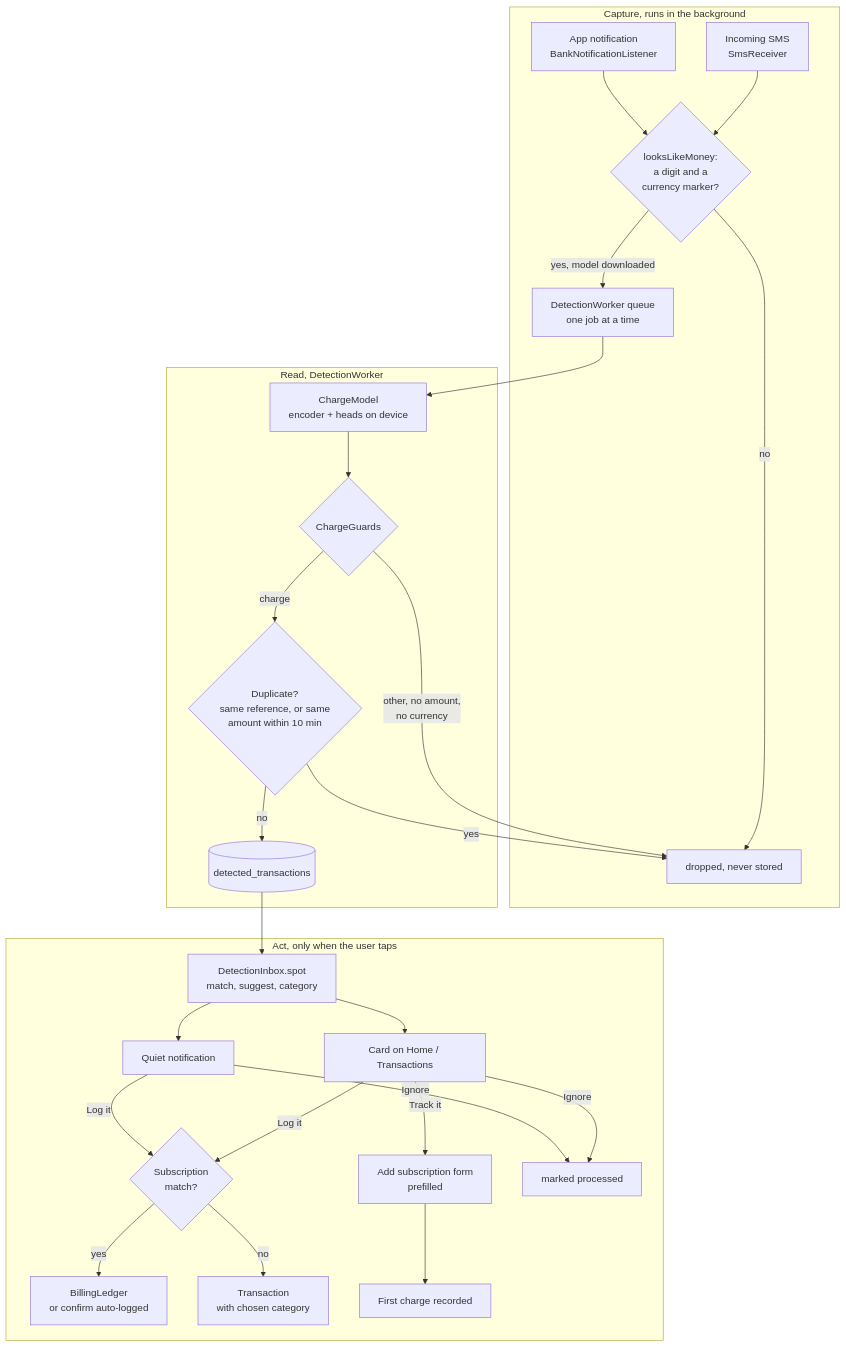
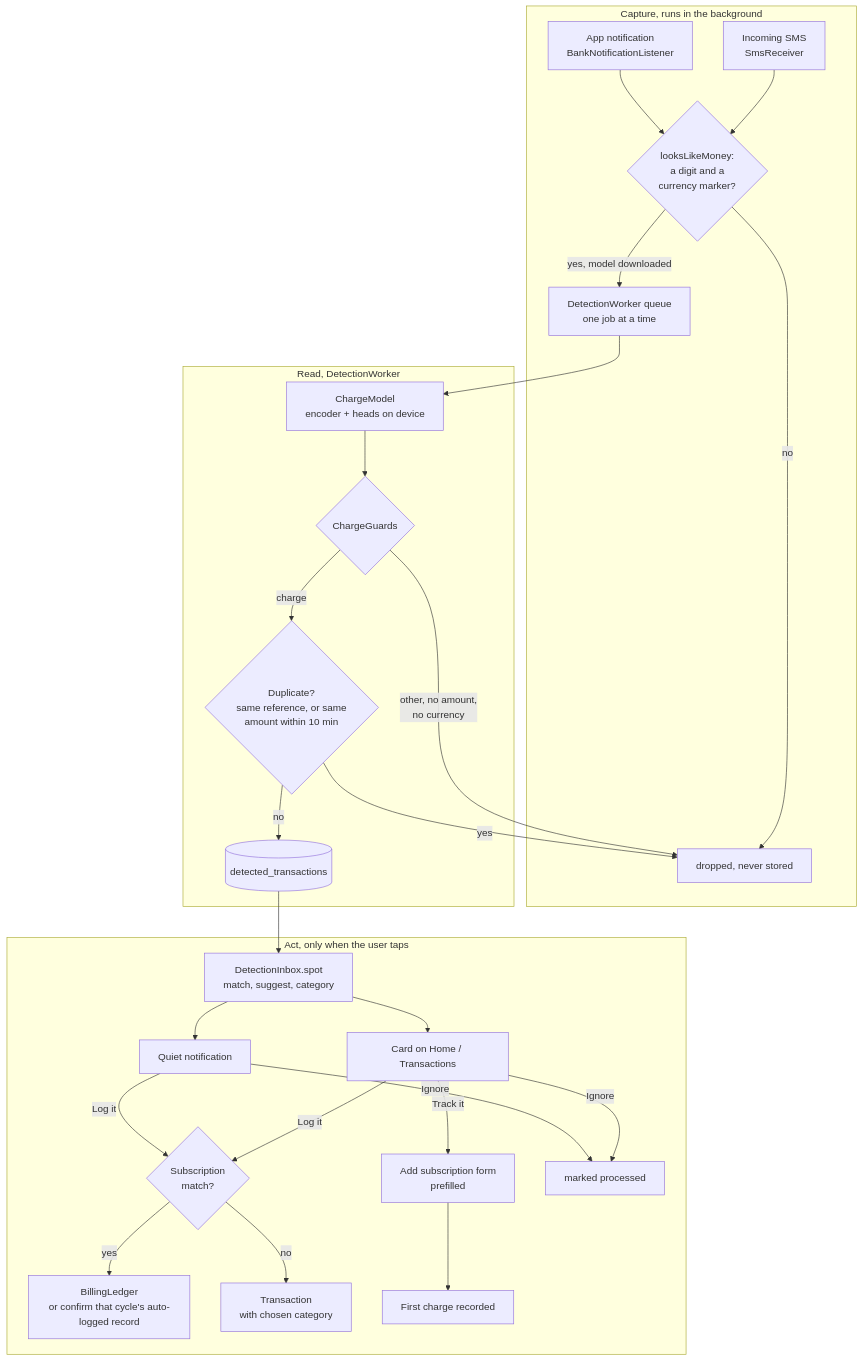
The first of 8 diagrams in ARCHITECTURE.md (WolfeLeo2/Subsy), drawn with Mermaid before and after one commit. The commit also changed other lines of this file and 52 other files, not shown here.

First line of the commit message:
Add onboarding flow, in-app updates, CI release pipeline and minSdk 31

````diff
--- a/ARCHITECTURE.md
+++ b/ARCHITECTURE.md
@@ -68,28 +71,28 @@
 ```mermaid
 flowchart TD
     subgraph capture [Capture, runs in the background]
         SMS[Incoming SMS<br/>SmsReceiver] --> PF
         NOTI[App notification<br/>BankNotificationListener] --> PF
         PF{looksLikeMoney:<br/>a digit and a<br/>currency marker?}
         PF -- no --> DROP[dropped, never stored]
         PF -- yes, model downloaded --> Q[DetectionWorker queue<br/>one job at a time]
     end
     subgraph read [Read, DetectionWorker]
         Q --> M[ChargeModel<br/>encoder + heads on device]
         M --> G{ChargeGuards}
         G -- other, no amount,<br/>no currency --> DROP
         G -- charge --> D{Duplicate?<br/>same reference, or same<br/>amount within 10 min}
         D -- yes --> DROP
         D -- no --> DB[(detected_transactions)]
     end
     subgraph act [Act, only when the user taps]
         DB --> IN[DetectionInbox.spot<br/>match, suggest, category]
         IN --> CARD[Card on Home / Transactions]
         IN --> NOTIF[Quiet notification]
         CARD & NOTIF -- Log it --> LOG{Subscription<br/>match?}
-        LOG -- yes --> LEDGER[BillingLedger<br/>or confirm auto-logged]
+        LOG -- yes --> LEDGER[BillingLedger<br/>or confirm that cycle's auto-logged record]
         LOG -- no --> TX[Transaction<br/>with chosen category]
         CARD -- Track it --> ADD[Add subscription form<br/>prefilled] --> FIRST[First charge recorded]
         CARD & NOTIF -- Ignore --> DONE[marked processed]
     end
 ```
````
